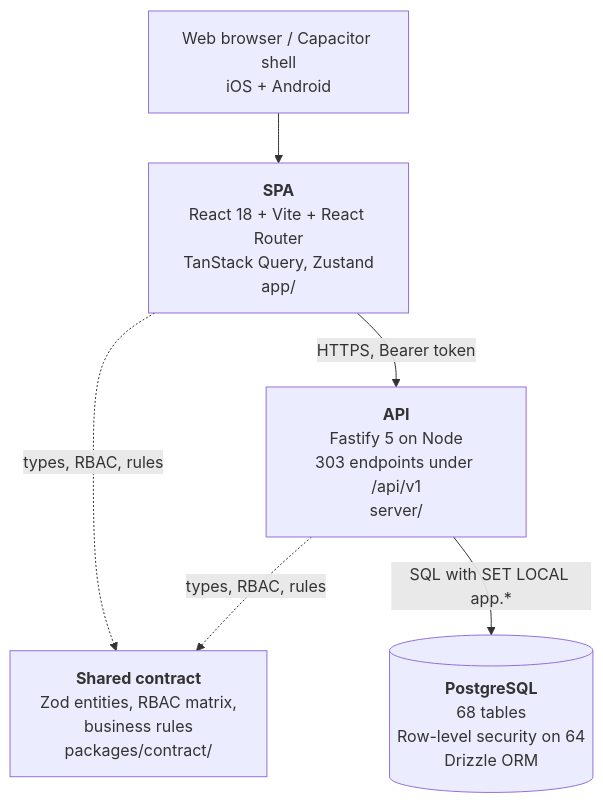
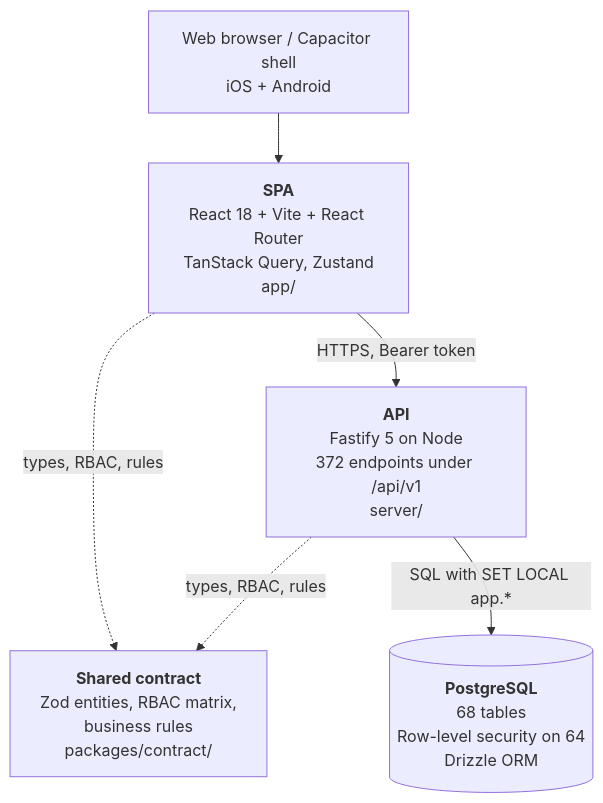
Before and after one commit to tazamohd/SlClNe: the second of 4 diagrams in docs/15_C4_ARCHITECTURE_DIAGRAMS/C4_MODEL.md, drawn with Mermaid. The commit also changed other lines of this file and 76 other files, not shown here.

````diff
--- a/docs/15_C4_ARCHITECTURE_DIAGRAMS/C4_MODEL.md
+++ b/docs/15_C4_ARCHITECTURE_DIAGRAMS/C4_MODEL.md
@@ -42,13 +42,13 @@
 ```mermaid
 flowchart TB
   browser["Web browser / Capacitor shell<br/>iOS + Android"]
   spa["<b>SPA</b><br/>React 18 + Vite + React Router<br/>TanStack Query, Zustand<br/>app/"]
-  api["<b>API</b><br/>Fastify 5 on Node<br/>303 endpoints under /api/v1<br/>server/"]
+  api["<b>API</b><br/>Fastify 5 on Node<br/>372 endpoints under /api/v1<br/>server/"]
   contract["<b>Shared contract</b><br/>Zod entities, RBAC matrix,<br/>business rules<br/>packages/contract/"]
   db[("<b>PostgreSQL</b><br/>68 tables<br/>Row-level security on 64<br/>Drizzle ORM")]
   browser --> spa
   spa -->|"HTTPS, Bearer token"| api
   spa -.->|"types, RBAC, rules"| contract
   api -.->|"types, RBAC, rules"| contract
   api -->|"SQL with SET LOCAL app.*"| db
 ```
````
